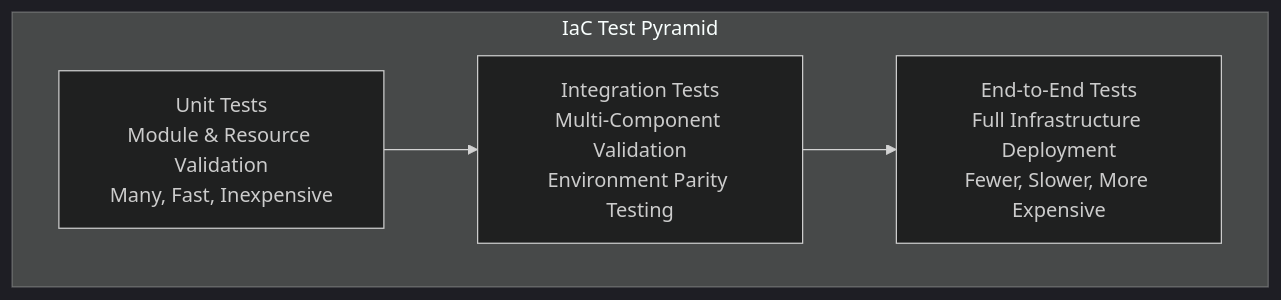
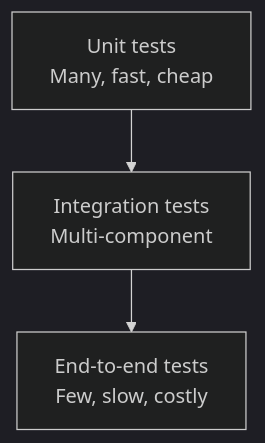
One commit to Geonitab/architecture_as_code changed the diagram in docs/images/diagram_13_test_pyramid.mmd. Above: the diagram before and after it, drawn with Mermaid (dark theme). The commit also changed 56 other files, not shown here.

First line of the commit message:
Make Mermaid figures legible: fewer elements, narrower, one message each

```diff
--- a/docs/images/diagram_13_test_pyramid.mmd
+++ b/docs/images/diagram_13_test_pyramid.mmd
@@ -1,9 +1,5 @@
 graph TB
-    subgraph "IaC Test Pyramid"
-        E2E["End-to-End Tests<br/>Full Infrastructure Deployment<br/>Fewer, Slower, More Expensive"]:::kv-highlight
-        INT["Integration Tests<br/>Multi-Component Validation<br/>Environment Parity Testing"]:::kv-accent
-        UNIT["Unit Tests<br/>Module & Resource Validation<br/>Many, Fast, Inexpensive"]:::kv-primary
-    end
-
-    UNIT --> INT
-    INT --> E2E
+    E2E["End-to-end tests<br/>Few, slow, costly"]:::kv-highlight
+    INT["Integration tests<br/>Multi-component"]:::kv-accent
+    UNIT["Unit tests<br/>Many, fast, cheap"]:::kv-primary
+    UNIT --> INT --> E2E
```
